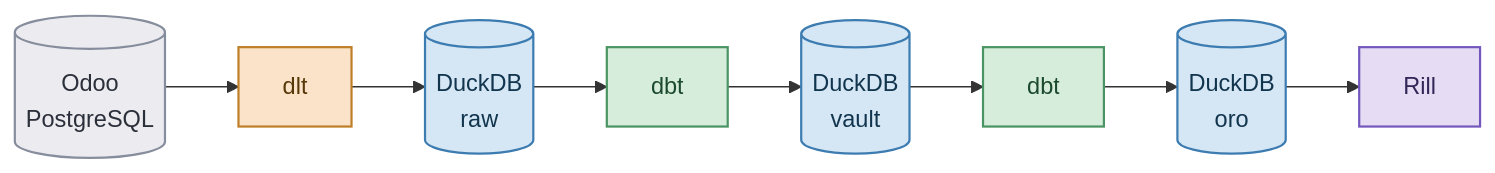
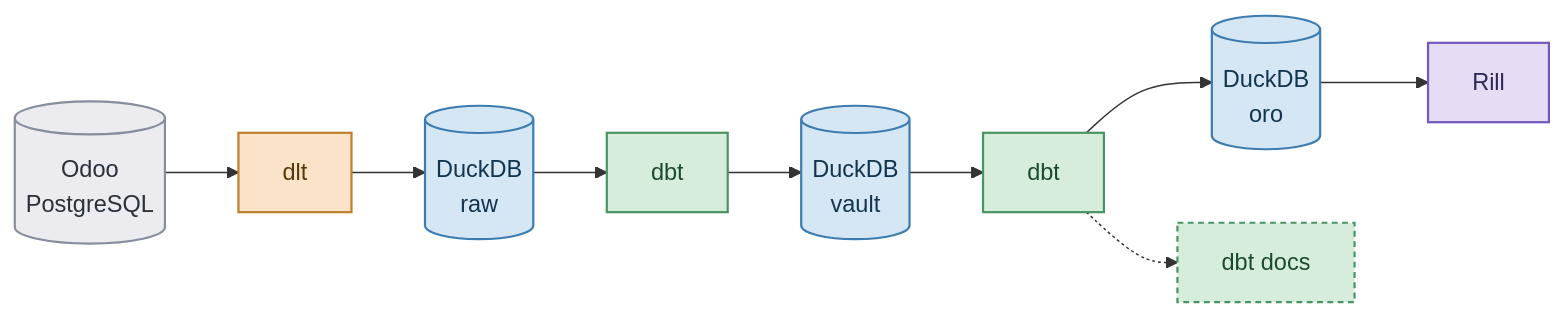
Before and after one commit to IraitzM/ingenieria-datos: the diagram in content/appendices/datalake.qmd, drawn with Mermaid. The commit also changed other lines of this file and 1 other file, not shown here.

Commit message:
ADD dbt docs

````diff
--- a/content/appendices/datalake.qmd
+++ b/content/appendices/datalake.qmd
@@ -17,21 +17,24 @@
 ```{mermaid}
 flowchart LR
     o[("Odoo<br/>PostgreSQL")] --> d["dlt"]
     d --> b[("DuckDB<br/>raw")]
     b --> t["dbt"]
     t --> v[("DuckDB<br/>vault")]
     v --> t2["dbt"]
     t2 --> g[("DuckDB<br/>oro")]
     g --> r["Rill"]
+    t2 -.-> doc["dbt docs"]
 
     classDef origen fill:#ececf0,stroke:#868d9c,stroke-width:1.5px,color:#2b2f3a
     classDef carga fill:#fae3c8,stroke:#bf7f28,stroke-width:1.5px,color:#573809
     classDef almacen fill:#d5e6f5,stroke:#3d7cb0,stroke-width:1.5px,color:#12354e
     classDef transformacion fill:#d7eddc,stroke:#4a9463,stroke-width:1.5px,color:#1c4a2e
     classDef explotacion fill:#e6ddf5,stroke:#7457bd,stroke-width:1.5px,color:#332757
+    classDef documentacion fill:#d7eddc,stroke:#4a9463,stroke-width:1.5px,color:#1c4a2e,stroke-dasharray:4 3
     class o origen
     class d carga
     class b,v,g almacen
     class t,t2 transformacion
     class r explotacion
+    class doc documentacion
 ```
````
